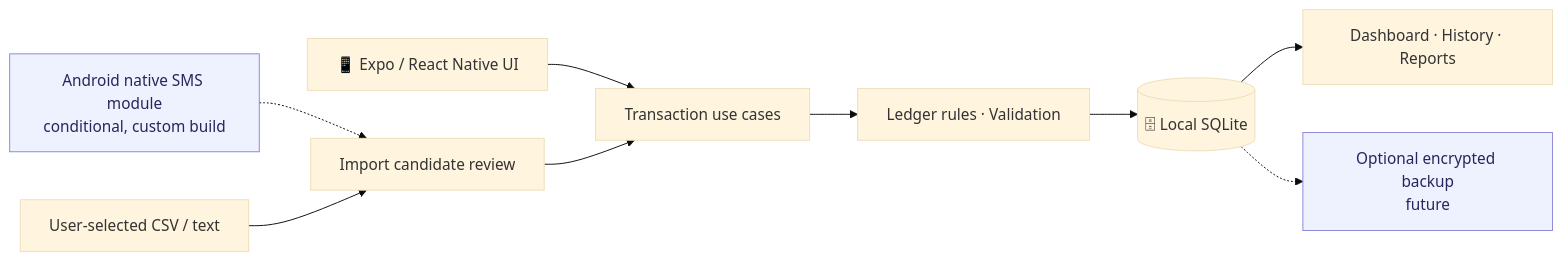
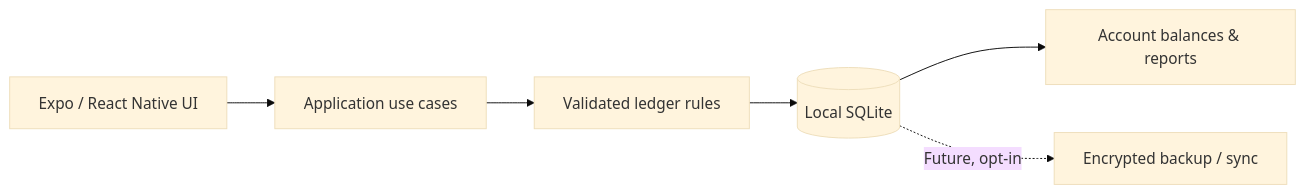
Before and after one commit to im-tnyx/Tio-Money: the diagram in README.md, drawn with Mermaid (base theme). The commit also changed other lines of this file and 3 other files, not shown here.

````diff
--- a/README.md
+++ b/README.md
@@ -90,13 +62,8 @@
 ```mermaid
 flowchart LR
-  UI["📱 Expo / React Native UI"] --> APP["Transaction use cases"]
-  APP --> LEDGER["Ledger rules · Validation"]
-  LEDGER --> DB[("🗄 Local SQLite")]
-  DB --> VIEW["Dashboard · History · Reports"]
-  SMS["Android native SMS module<br/>conditional, custom build"] -.-> REVIEW["Import candidate review"]
-  CSV["User-selected CSV / text"] --> REVIEW
-  REVIEW --> APP
-  DB -.-> BACKUP["Optional encrypted backup<br/>future"]
-  classDef future fill:#eef2ff,stroke:#8b86d9,color:#27265c
-  class SMS,BACKUP future
+  UI["Expo / React Native UI"] --> USE["Application use cases"]
+  USE --> LEDGER["Validated ledger rules"]
+  LEDGER --> DB[("Local SQLite")]
+  DB --> REPORT["Account balances & reports"]
+  DB -. "Future, opt-in" .-> BACKUP["Encrypted backup / sync"]
 ```
````
